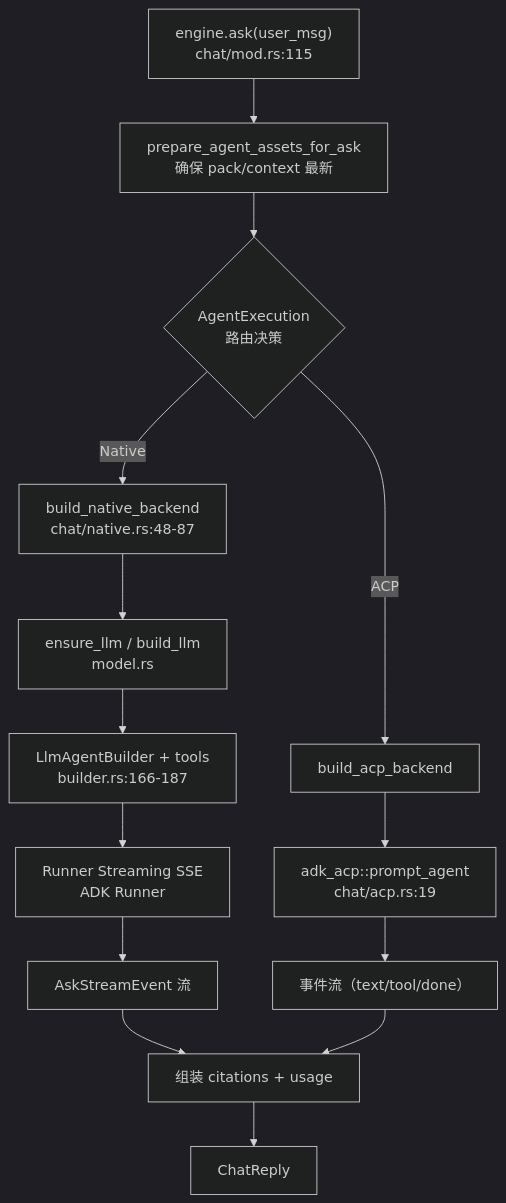
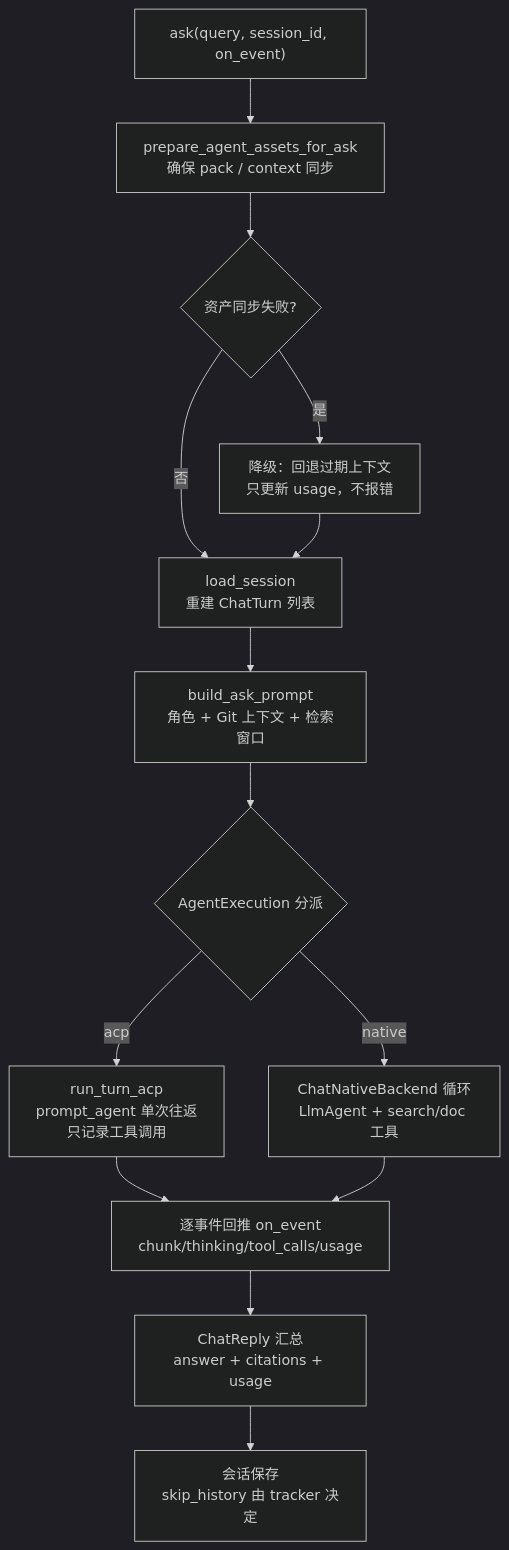
One commit to sopaco/terrain changed the diagram in .terrain/human/4.Deep-Exploration/chat.md. Above: the diagram before and after it, drawn with Mermaid (dark theme). The commit also changed other lines of this file and 29 other files, not shown here.

````diff
--- a/.terrain/human/4.Deep-Exploration/chat.md
+++ b/.terrain/human/4.Deep-Exploration/chat.md
@@ -46,16 +53,16 @@
 ```mermaid
 flowchart TD
-    ASK["engine.ask(user_msg)<br/>chat/mod.rs:115"] --> PREP["prepare_agent_assets_for_ask<br/>确保 pack/context 最新"]
-    PREP --> ROUTE{"AgentExecution<br/>路由决策"}
-    ROUTE -->|"Native"| NB["build_native_backend<br/>chat/native.rs:48-87"]
-    NB --> LLM["ensure_llm / build_llm<br/>model.rs"]
-    LLM --> BLD["LlmAgentBuilder + tools<br/>builder.rs:166-187"]
-    BLD --> RUN["Runner Streaming SSE<br/>ADK Runner"]
-    RUN --> EV["AskStreamEvent 流"]
-    ROUTE -->|"ACP"| ACPBE["build_acp_backend"]
-    ACPBE --> PA["adk_acp::prompt_agent<br/>chat/acp.rs:19"]
-    PA --> EV2["事件流（text/tool/done）"]
-    EV --> CIT["组装 citations + usage"]
-    EV2 --> CIT
-    CIT --> REPLY["ChatReply"]
+    A["ask(query, session_id, on_event)"] --> B["prepare_agent_assets_for_ask<br/>确保 pack / context 同步"]
+    B --> C{"资产同步失败?"}
+    C -- 是 --> D["降级：回退过期上下文<br/>只更新 usage，不报错"]
+    C -- 否 --> E["load_session<br/>重建 ChatTurn 列表"]
+    D --> E
+    E --> F["build_ask_prompt<br/>角色 + Git 上下文 + 检索窗口"]
+    F --> G{"AgentExecution 分派"}
+    G -- acp --> H["run_turn_acp<br/>prompt_agent 单次往返<br/>只记录工具调用"]
+    G -- native --> I["ChatNativeBackend 循环<br/>LlmAgent + search/doc 工具"]
+    H --> J["逐事件回推 on_event<br/>chunk/thinking/tool_calls/usage"]
+    I --> J
+    J --> K["ChatReply 汇总<br/>answer + citations + usage"]
+    K --> L["会话保存<br/>skip_history 由 tracker 决定"]
 ```
````
